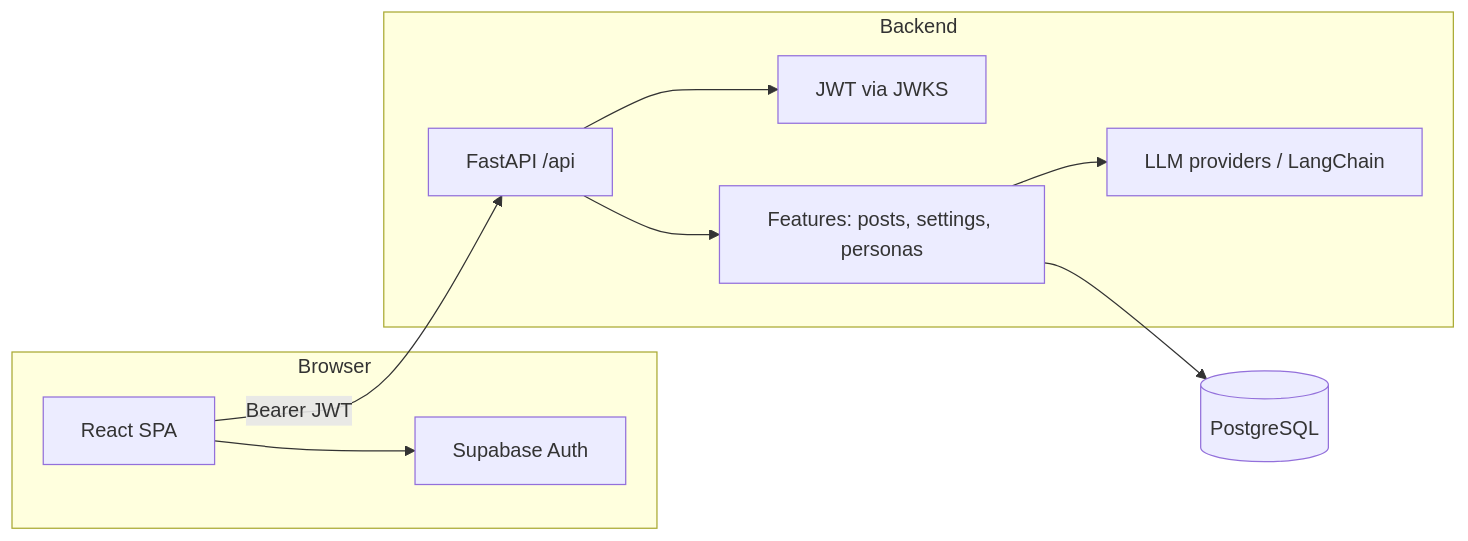
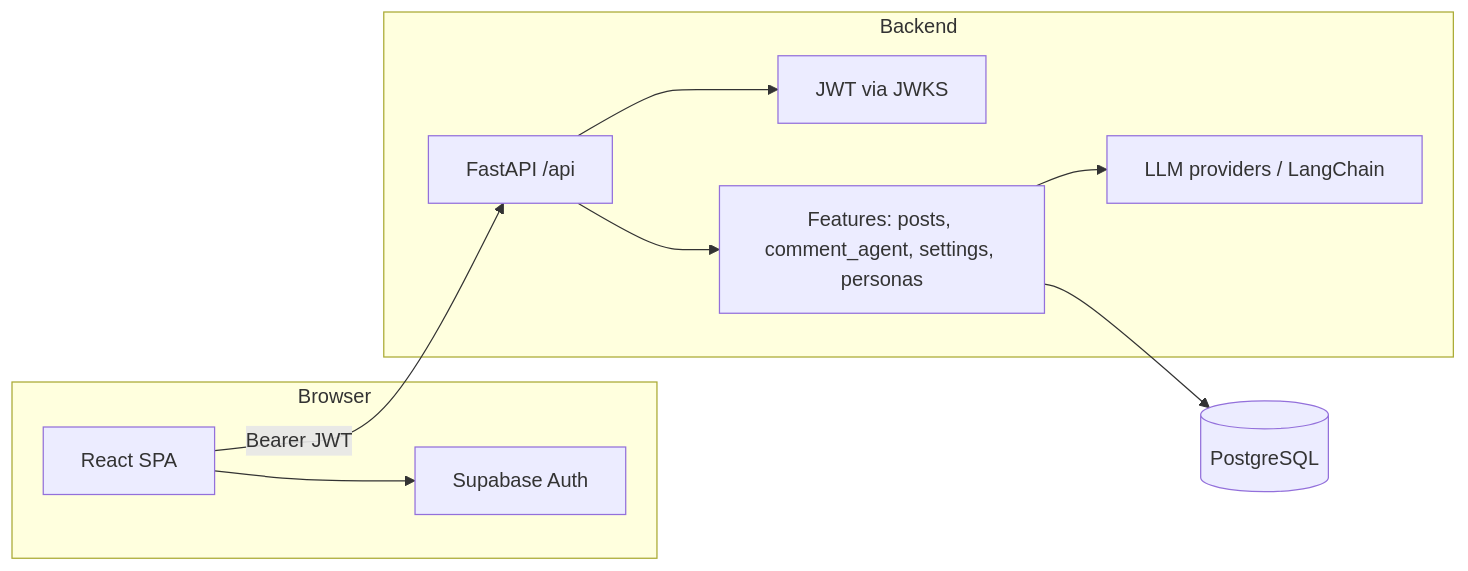
Before and after one commit to yyoonchul/murmur-blog: the diagram in ARCHITECTURE.md, drawn with Mermaid. The commit also changed other lines of this file and 28 other files, not shown here.

````diff
--- a/ARCHITECTURE.md
+++ b/ARCHITECTURE.md
@@ -11,20 +11,20 @@
 ```mermaid
 flowchart LR
   subgraph client [Browser]
     SPA[React SPA]
     SB[Supabase Auth]
   end
   subgraph server [Backend]
     API[FastAPI /api]
     AUTH[JWT via JWKS]
-    SVC[Features: posts, settings, personas]
+    SVC[Features: posts, comment_agent, settings, personas]
     LLM[LLM providers / LangChain]
   end
   DB[(PostgreSQL)]
   SPA --> SB
   SPA -->|Bearer JWT| API
   API --> AUTH
   API --> SVC
   SVC --> DB
   SVC --> LLM
 ```
````
